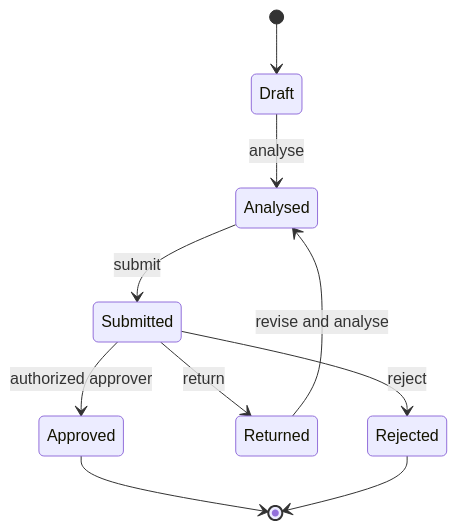
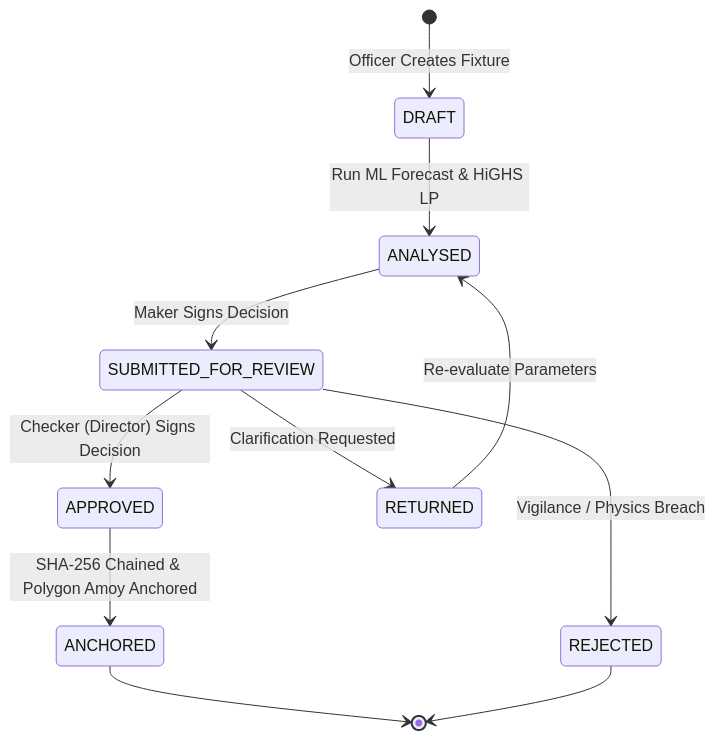
Before and after one commit to Raghav-305/Freight-sih: the third of 3 diagrams in architecture_full.md, drawn with Mermaid. The commit also changed other lines of this file, not shown here.

Commit message:
docs: update architecture documentation with comprehensive end-to-end system topology, sequence flow, and governance diagrams

````diff
--- a/architecture_full.md
+++ b/architecture_full.md
@@ -735,12 +839,13 @@
 ```mermaid
 stateDiagram-v2
-    [*] --> Draft
-    Draft --> Analysed: analyse
-    Analysed --> Submitted: submit
-    Submitted --> Approved: authorized approver
-    Submitted --> Returned: return
-    Submitted --> Rejected: reject
-    Returned --> Analysed: revise and analyse
-    Approved --> [*]
-    Rejected --> [*]
+    [*] --> DRAFT: Officer Creates Fixture
+    DRAFT --> ANALYSED: Run ML Forecast & HiGHS LP
+    ANALYSED --> SUBMITTED_FOR_REVIEW: Maker Signs Decision
+    SUBMITTED_FOR_REVIEW --> APPROVED: Checker (Director) Signs Decision
+    SUBMITTED_FOR_REVIEW --> RETURNED: Clarification Requested
+    SUBMITTED_FOR_REVIEW --> REJECTED: Vigilance / Physics Breach
+    RETURNED --> ANALYSED: Re-evaluate Parameters
+    APPROVED --> ANCHORED: SHA-256 Chained & Polygon Amoy Anchored
+    ANCHORED --> [*]
+    REJECTED --> [*]
 ```
````
